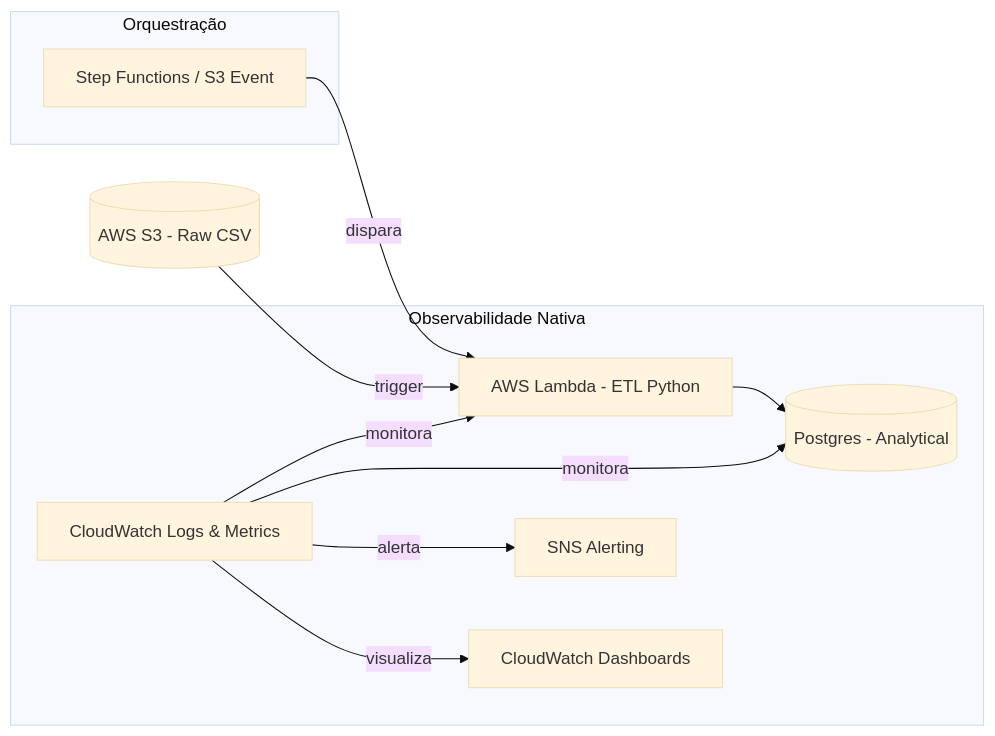
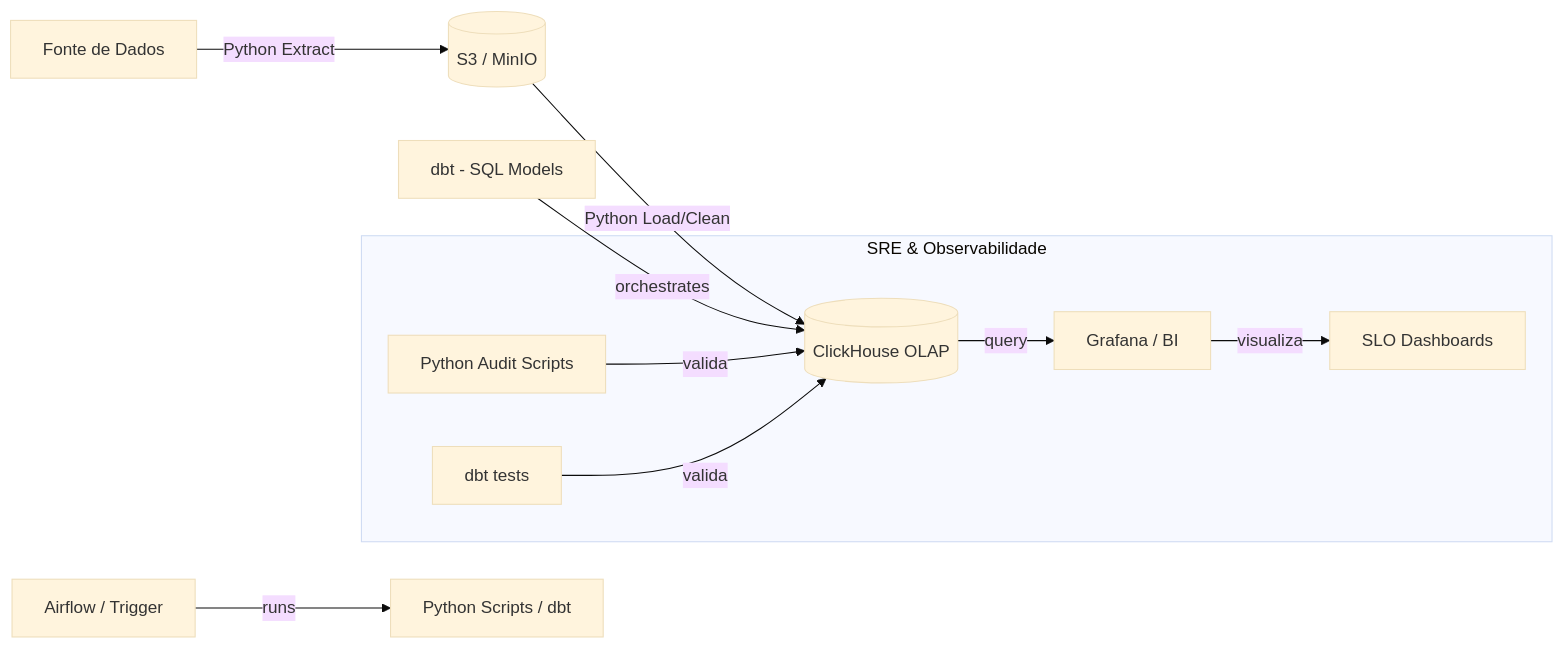
The diagram in documents/08_system_design.md (pygaudiello/20261sre-projeto-final), drawn with Mermaid (base theme) before and after one commit. The commit also changed other lines of this file and 4 other files, not shown here.

````diff
--- a/documents/08_system_design.md
+++ b/documents/08_system_design.md
@@ -5,16 +5,14 @@
 ```mermaid
 graph LR
-    S3[(AWS S3 - Raw CSV)] -- trigger --> LMD[AWS Lambda - ETL Python]
-    LMD --> PG[(Postgres - Analytical)]
+    SRC[Fonte de Dados] -- Python Extract --> SUB_S3[("S3 / MinIO")]
+    SUB_S3 -- Python Load/Clean --> CH[(ClickHouse OLAP)]
+    DBT[dbt - SQL Models] -- "orchestrates" --> CH
+    AF[Airflow / Trigger] -- "runs" --> PY_SCR[Python Scripts / dbt]
+    CH -- query --> GNF[Grafana / BI]
     
-    subgraph Observabilidade Nativa
-        CW[CloudWatch Logs & Metrics] -- monitora --> LMD
-        CW -- monitora --> PG
-        CW -- alerta --> SNS[SNS Alerting]
-        CW -- visualiza --> CWD[CloudWatch Dashboards]
-    end
-    
-    subgraph Orquestração
-        SF[Step Functions / S3 Event] -- dispara --> LMD
+    subgraph SRE & Observabilidade
+        PY_AUD[Python Audit Scripts] -- valida --> CH
+        DBT_T[dbt tests] -- valida --> CH
+        GNF -- visualiza --> SLO[SLO Dashboards]
     end
 ```
````
